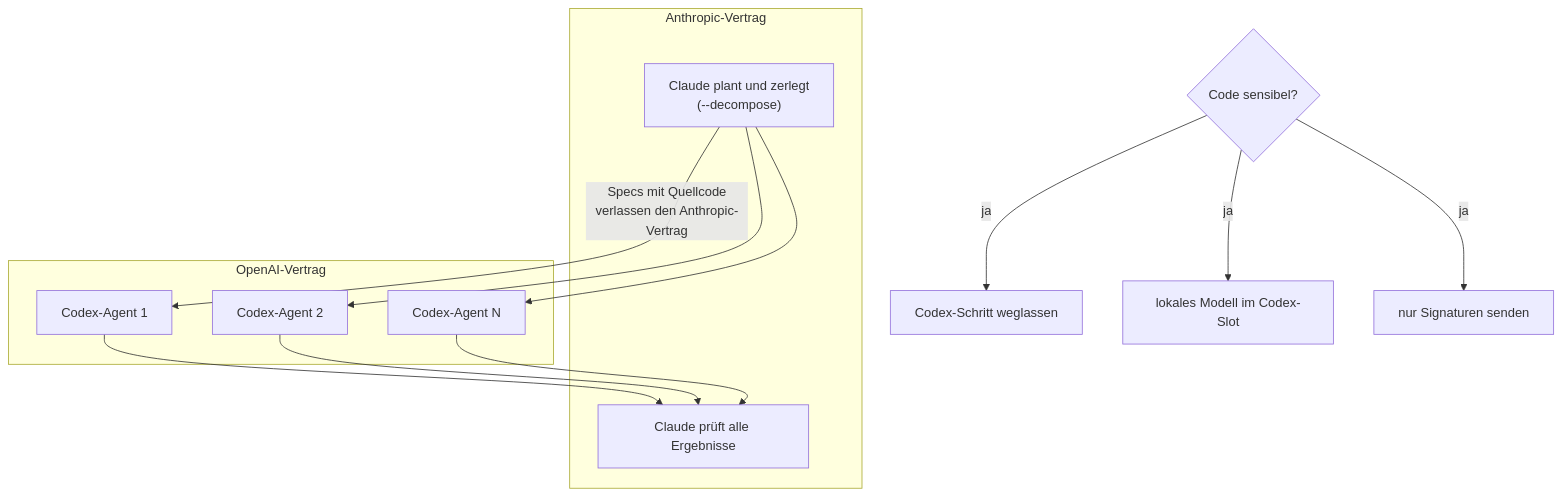
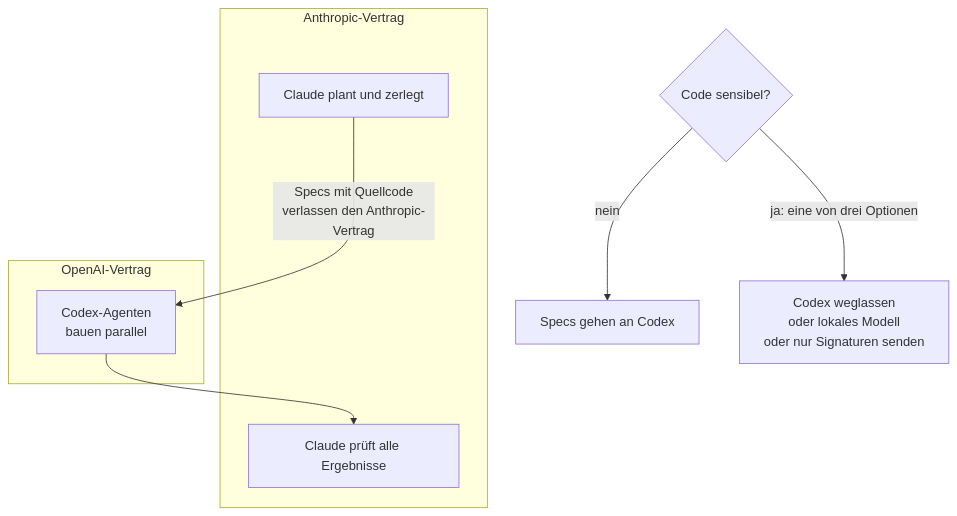
One commit to dynamic-dome/dynamic-workshop changed the diagram in resources/library/s4-02-codex-schwarm.md. Above: the diagram before and after it, drawn with Mermaid. The commit also changed other lines of this file, not shown here.

````diff
--- a/resources/library/s4-02-codex-schwarm.md
+++ b/resources/library/s4-02-codex-schwarm.md
@@ -41,21 +41,14 @@
 ```mermaid
 flowchart TB
   subgraph A["Anthropic-Vertrag"]
-    P["Claude plant und zerlegt<br/>(--decompose)"]
+    P["Claude plant und zerlegt"]
     R["Claude prüft alle Ergebnisse"]
   end
   subgraph O["OpenAI-Vertrag"]
-    C1["Codex-Agent 1"]
-    C2["Codex-Agent 2"]
-    C3["Codex-Agent N"]
+    C["Codex-Agenten<br/>bauen parallel"]
   end
-  P -- "Specs mit Quellcode<br/>verlassen den Anthropic-Vertrag" --> C1
-  P --> C2
-  P --> C3
-  C1 --> R
-  C2 --> R
-  C3 --> R
-  S{"Code sensibel?"} -- "ja" --> W1["Codex-Schritt weglassen"]
-  S -- "ja" --> W2["lokales Modell im Codex-Slot"]
-  S -- "ja" --> W3["nur Signaturen senden"]
+  P -- "Specs mit Quellcode<br/>verlassen den Anthropic-Vertrag" --> C
+  C --> R
+  S{"Code sensibel?"} -- "nein" --> OK["Specs gehen an Codex"]
+  S -- "ja: eine von drei Optionen" --> W["Codex weglassen<br/>oder lokales Modell<br/>oder nur Signaturen senden"]
 ```
````
